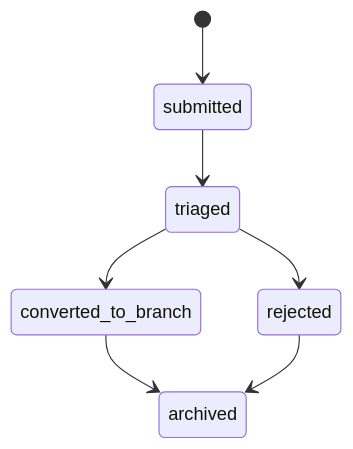
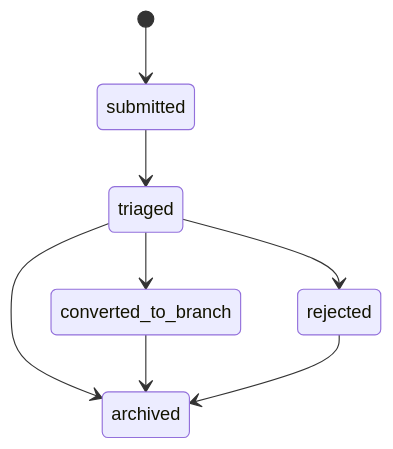
One commit to chicuongwg/WisdomTree changed the fourth of 7 diagrams in docs/flows/state-machines.md. Above: the diagram before and after it, drawn with Mermaid. The commit also changed other lines of this file and 7 other files, not shown here.

Commit message:
docs(flows): model storage-first state machines and user flows

````diff
--- a/docs/flows/state-machines.md
+++ b/docs/flows/state-machines.md
@@ -62,9 +83,10 @@
 ```mermaid
 stateDiagram-v2
     [*] --> submitted
     submitted --> triaged
     triaged --> converted_to_branch
     triaged --> rejected
+    triaged --> archived
     converted_to_branch --> archived
     rejected --> archived
 ```
````
